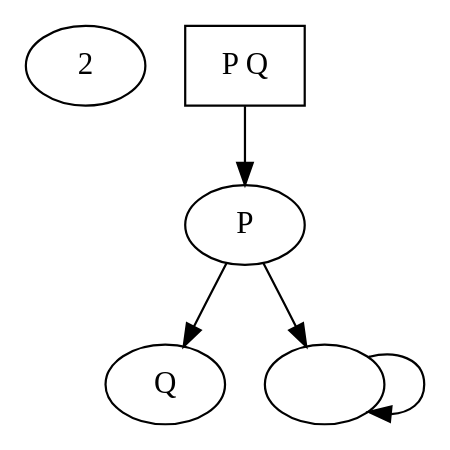
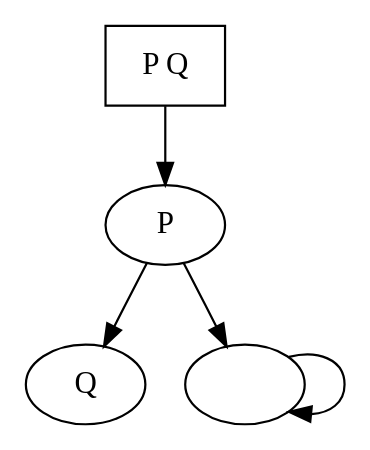
Before and after one commit to f-musa/ctl-model-checker: the diagram in example.dot, drawn with Graphviz. The commit also changed 6 other files, not shown here.

```diff
--- a/example.dot
+++ b/example.dot
@@ -1,15 +1,15 @@
- digraph mon_systeme {
-2 /* Liste des n÷uds avec leurs labels séparés par des espaces */
- q1 [ label =" P Q "];
- q2 [ label =" P "];
- q3 [ label =" Q "];
- q4 [ label =""];
+digraph mon_systeme {
+/* Liste des n÷uds avec leurs labels séparés par des espaces */
+q1 [label =" P Q "];
+q2 [label =" P "];
+q3 [label =" Q "];
+q4 [label =""];
 
  /* Un seul n÷ud initial */
- q1 [ shape = box ];
+q1 [ shape = box ];
 
-  /* Transitions */
-  q1 -> q2 -> q3 ;
-  q2 -> q4 ;
-  q4 -> q4 ;
- }
+/* Transitions */
+q1 -> q2 -> q3 ;
+q2 -> q4 ;
+q4 -> q4 ;
+}
```
